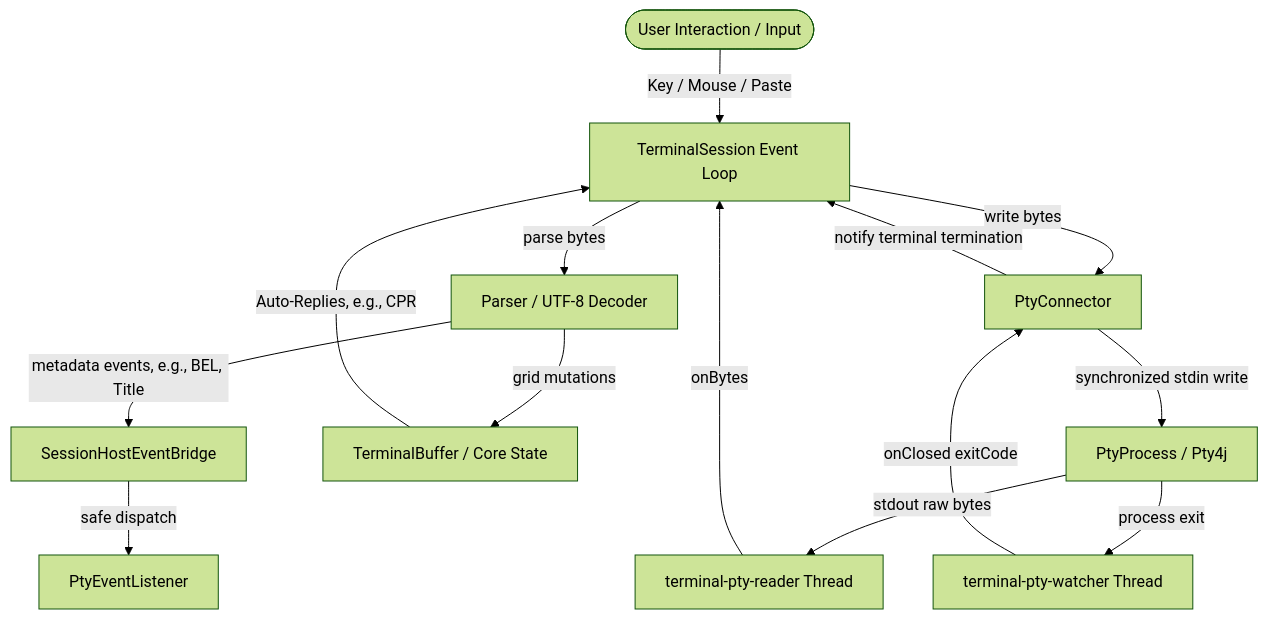
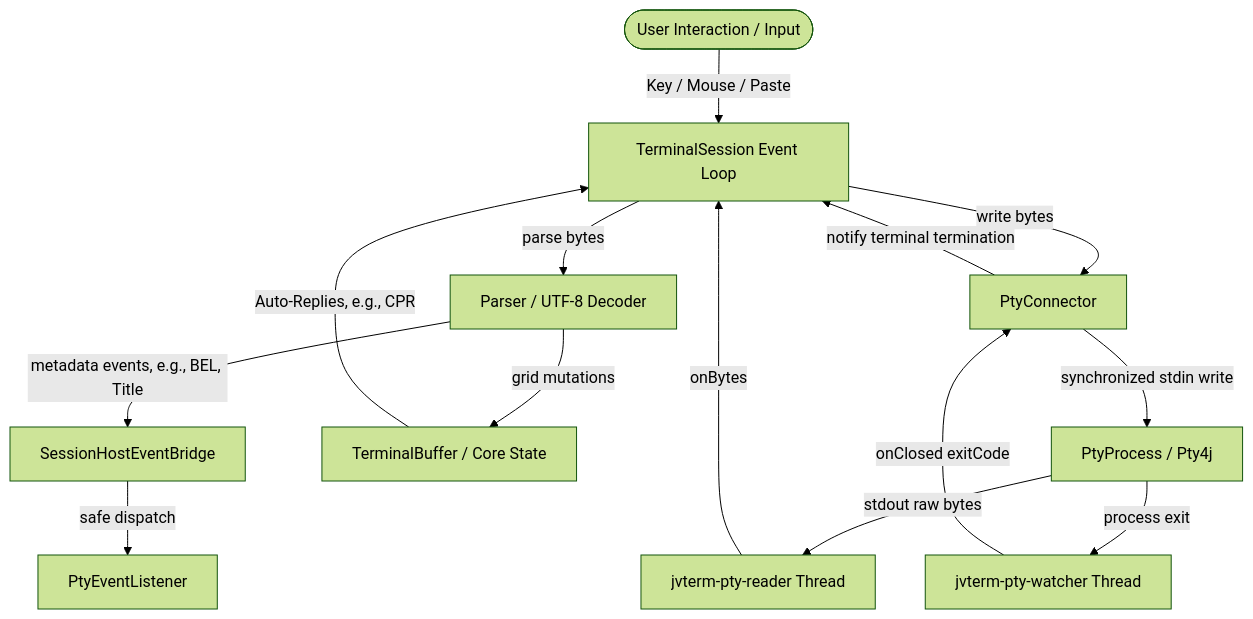
The diagram in jvterm-pty/README.md (ketraterm/KetraTerm), drawn with Mermaid (forest theme) before and after one commit. The commit also changed other lines of this file and 34 other files, not shown here.

First line of the commit message:
chore: add ARCHITECTURE.md and README.md for detailed documentation and update terminology consistency

````diff
--- a/jvterm-pty/README.md
+++ b/jvterm-pty/README.md
@@ -33,33 +26,33 @@
 ```mermaid
 flowchart TD
     %% Component Definitions
     UI([User Interaction / Input])
     Loop[TerminalSession Event Loop]
     PtyConn[PtyConnector]
-    ReaderThread[terminal-pty-reader Thread]
-    WatcherThread[terminal-pty-watcher Thread]
+    ReaderThread[jvterm-pty-reader Thread]
+    WatcherThread[jvterm-pty-watcher Thread]
     PtyProc[PtyProcess / Pty4j]
     Parser[Parser / UTF-8 Decoder]
     Core[TerminalBuffer / Core State]
     EventBridge[SessionHostEventBridge]
     Listener[PtyEventListener]
 
     %% Write/Input Path (Serialized)
     UI -->|Key / Mouse / Paste| Loop
     Core -->|Auto-Replies, e.g., CPR| Loop
     Loop -->|write bytes| PtyConn
     PtyConn -->|synchronized stdin write| PtyProc
 
     %% Read/Output Path (Asynchronous Pump)
     PtyProc -->|stdout raw bytes| ReaderThread
     ReaderThread -->|onBytes| Loop
     Loop -->|parse bytes| Parser
     Parser -->|grid mutations| Core
     Parser -->|metadata events, e.g., BEL, Title| EventBridge
     EventBridge -->|safe dispatch| Listener
 
     %% Watcher Path
     PtyProc -->|process exit| WatcherThread
     WatcherThread -->|onClosed exitCode| PtyConn
     PtyConn -->|notify terminal termination| Loop
 ```
````
